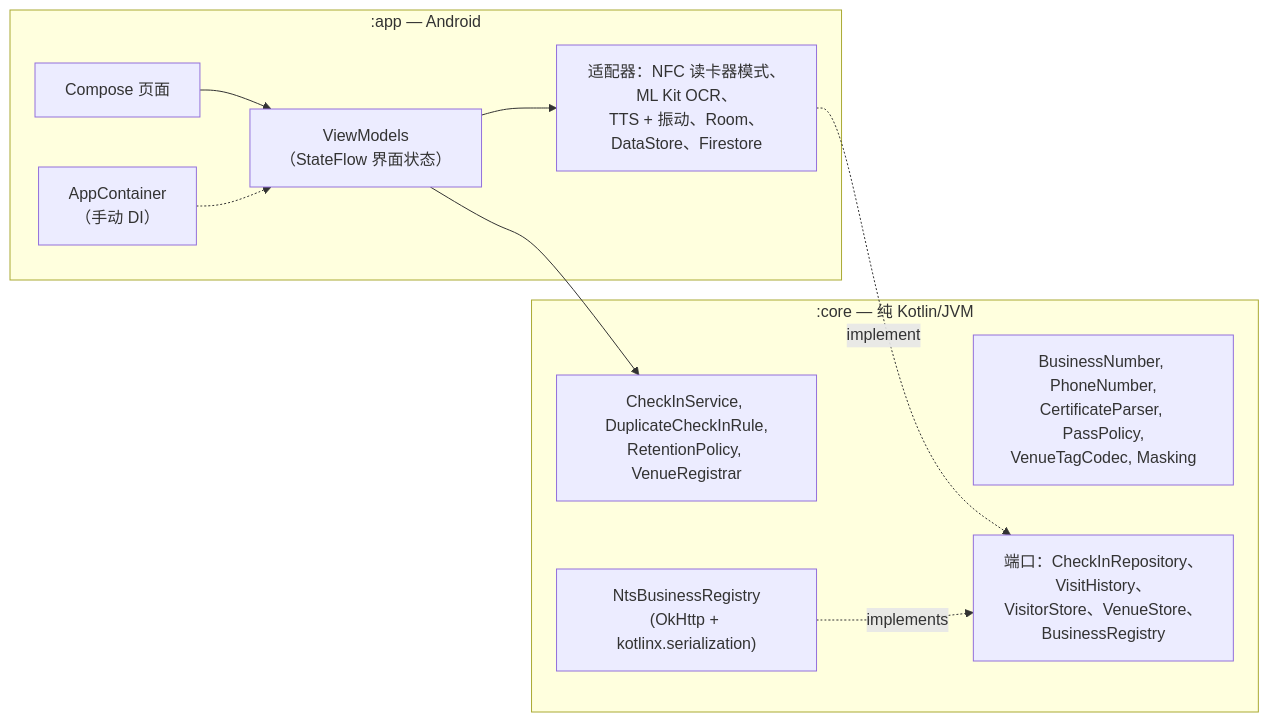
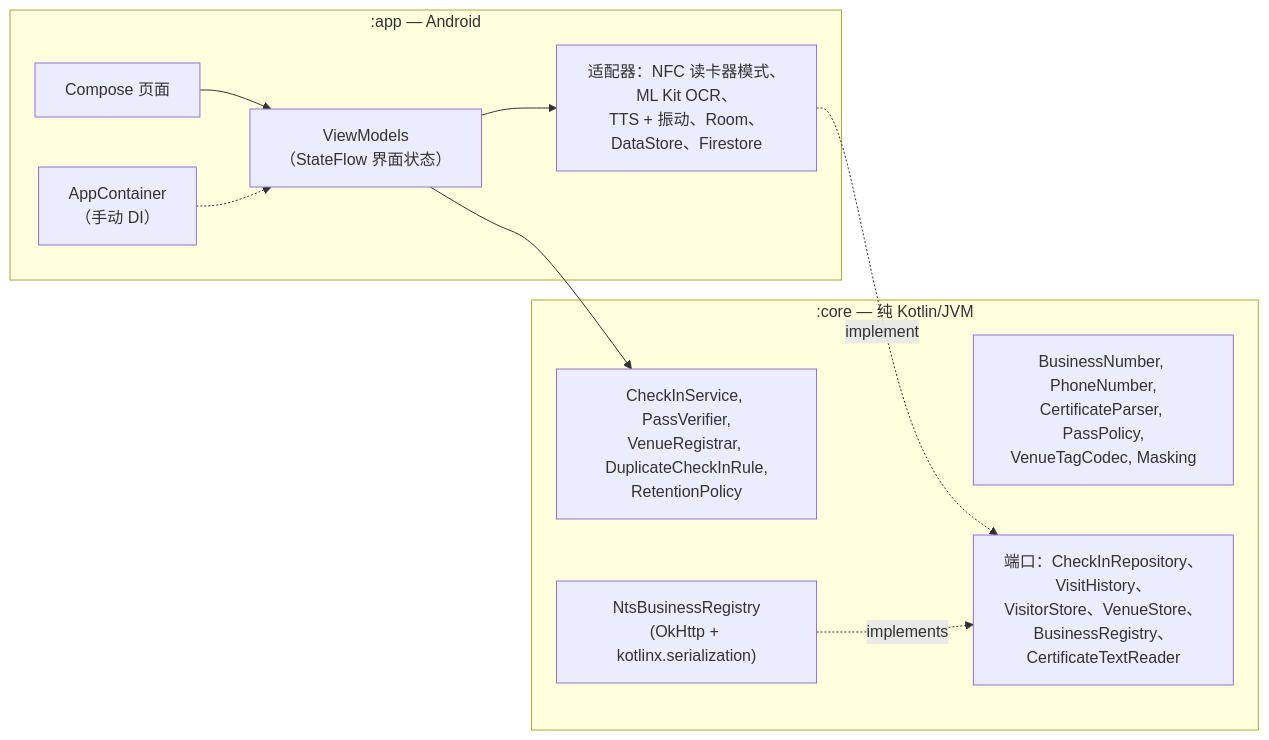
The second of 2 diagrams in README.zh-CN.md (jumincho/covid-pass-nfc), drawn with Mermaid before and after one commit. The commit also changed other lines of this file and 4 other files, not shown here.

````diff
--- a/README.zh-CN.md
+++ b/README.zh-CN.md
@@ -92,17 +92,17 @@
 ```mermaid
 flowchart LR
     subgraph app [":app — Android"]
         UI["Compose 页面"] --> VM["ViewModels<br/>（StateFlow 界面状态）"]
         VM --> Adapters["适配器：NFC 读卡器模式、ML Kit OCR、<br/>TTS + 振动、Room、DataStore、Firestore"]
         DI["AppContainer<br/>（手动 DI）"] -.-> VM
     end
     subgraph core [":core — 纯 Kotlin/JVM"]
         Domain["BusinessNumber, PhoneNumber,<br/>CertificateParser, PassPolicy,<br/>VenueTagCodec, Masking"]
-        Rules["CheckInService, DuplicateCheckInRule,<br/>RetentionPolicy, VenueRegistrar"]
-        Ports["端口：CheckInRepository、VisitHistory、<br/>VisitorStore、VenueStore、BusinessRegistry"]
+        Rules["CheckInService, PassVerifier,<br/>VenueRegistrar, DuplicateCheckInRule,<br/>RetentionPolicy"]
+        Ports["端口：CheckInRepository、VisitHistory、<br/>VisitorStore、VenueStore、BusinessRegistry、<br/>CertificateTextReader"]
         NTS["NtsBusinessRegistry<br/>(OkHttp + kotlinx.serialization)"]
     end
     VM --> Rules
     Adapters -. implement .-> Ports
     NTS -. implements .-> Ports
 ```
````
